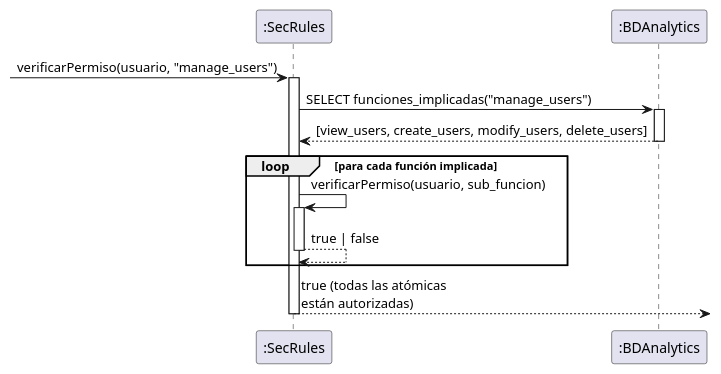
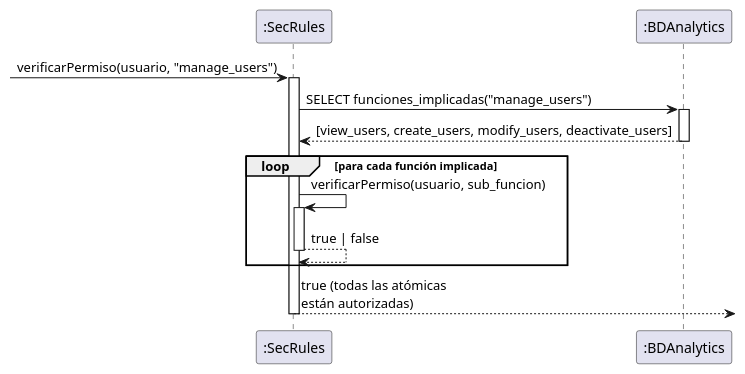
Diagram 16 of 41 in source/requisitos/_metodologia-aplicacion/diagramas-secuencias.rst (jcg-admin/IACT-docs), drawn with PlantUML before and after one commit. The commit also changed 1 other file, not shown here.

Commit message:
Fix deactivate_users in methodology PlantUML diagrams
relaciones-uml.rst and diagramas-secuencias.rst had delete_users
in PlantUML code blocks — the v5.3.x name. Updated to deactivate_users
(USR-003 rename in v5.4.0, BR-009 no-delete policy).

```diff
--- a/source/requisitos/_metodologia-aplicacion/diagramas-secuencias.rst
+++ b/source/requisitos/_metodologia-aplicacion/diagramas-secuencias.rst
@@ -1973,25 +1973,25 @@
 .. uml::
 
    @startuml
 
    participant ":SecRules"  as SR
    participant ":BDAnalytics" as BD
 
    [-> SR : verificarPermiso(usuario, "manage_users")
    activate SR
 
    SR -> BD : SELECT funciones_implicadas("manage_users")
    activate BD
-   BD --> SR : [view_users, create_users, modify_users, delete_users]
+   BD --> SR : [view_users, create_users, modify_users, deactivate_users]
    deactivate BD
 
    loop para cada función implicada
      SR -> SR : verificarPermiso(usuario, sub_funcion)
      activate SR
      SR --> SR : true | false
      deactivate SR
    end
 
    SR -->] : true (todas las atómicas\nestán autorizadas)
    deactivate SR
    @enduml
```
